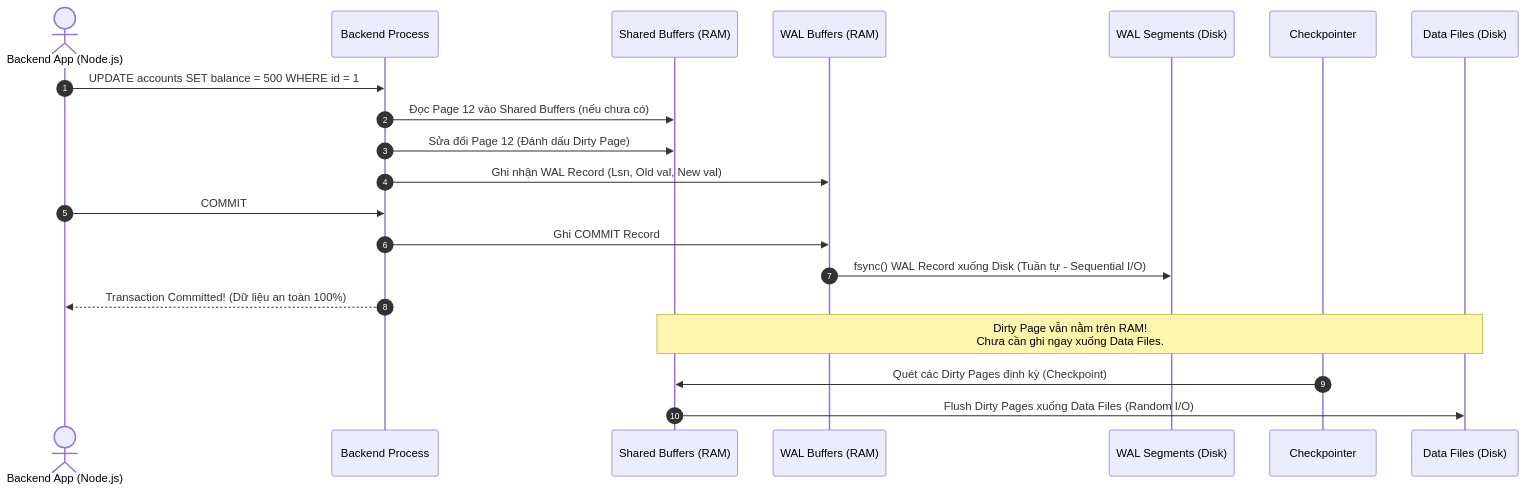
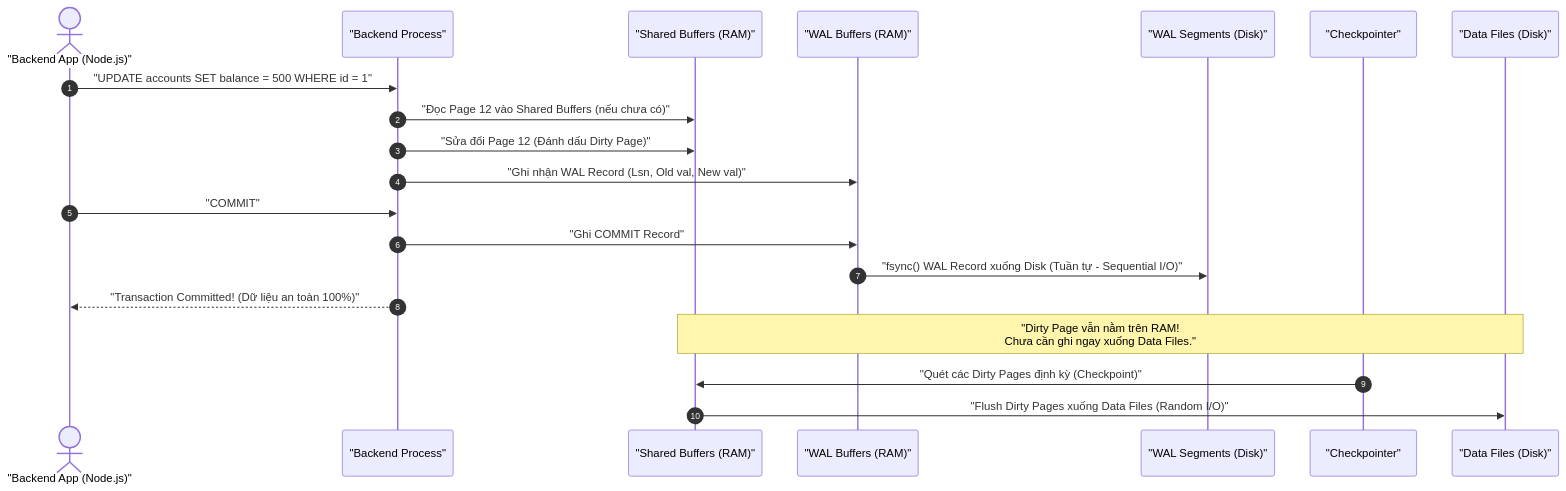
Before and after one commit to hydragon2m/docs: the second of 6 diagrams in Backend/Database & Storage/01. SQL & PostgreSQL Masterclass/Bài 01 - PostgreSQL Deep Dive (Indexing, Transactions & Optimization).md, drawn with Mermaid. The commit also changed other lines of this file and 3 other files, not shown here.

````diff
--- a/Backend/Database & Storage/01. SQL & PostgreSQL Masterclass/Bài 01 - PostgreSQL Deep Dive (Indexing, Transactions & Optimization).md
+++ b/Backend/Database & Storage/01. SQL & PostgreSQL Masterclass/Bài 01 - PostgreSQL Deep Dive (Indexing, Transactions & Optimization).md
@@ -80,23 +83,23 @@
 ```mermaid
 sequenceDiagram
     autonumber
-    actor Client as Backend App (Node.js)
-    participant BP as Backend Process
-    participant SB as Shared Buffers (RAM)
-    participant WB as WAL Buffers (RAM)
-    participant WAL as WAL Segments (Disk)
-    participant CP as Checkpointer
-    participant Disk as Data Files (Disk)
+    actor Client as "Backend App (Node.js)"
+    participant BP as "Backend Process"
+    participant SB as "Shared Buffers (RAM)"
+    participant WB as "WAL Buffers (RAM)"
+    participant WAL as "WAL Segments (Disk)"
+    participant CP as "Checkpointer"
+    participant Disk as "Data Files (Disk)"
 
-    Client->>BP: UPDATE accounts SET balance = 500 WHERE id = 1
-    BP->>SB: Đọc Page 12 vào Shared Buffers (nếu chưa có)
-    BP->>SB: Sửa đổi Page 12 (Đánh dấu Dirty Page)
-    BP->>WB: Ghi nhận WAL Record (Lsn, Old val, New val)
-    Client->>BP: COMMIT
-    BP->>WB: Ghi COMMIT Record
-    WB->>WAL: fsync() WAL Record xuống Disk (Tuần tự - Sequential I/O)
-    BP-->>Client: Transaction Committed! (Dữ liệu an toàn 100%)
-    Note over SB,Disk: Dirty Page vẫn nằm trên RAM!<br/>Chưa cần ghi ngay xuống Data Files.
-    CP->>SB: Quét các Dirty Pages định kỳ (Checkpoint)
-    SB->>Disk: Flush Dirty Pages xuống Data Files (Random I/O)
+    Client->>BP: "UPDATE accounts SET balance = 500 WHERE id = 1"
+    BP->>SB: "Đọc Page 12 vào Shared Buffers (nếu chưa có)"
+    BP->>SB: "Sửa đổi Page 12 (Đánh dấu Dirty Page)"
+    BP->>WB: "Ghi nhận WAL Record (Lsn, Old val, New val)"
+    Client->>BP: "COMMIT"
+    BP->>WB: "Ghi COMMIT Record"
+    WB->>WAL: "fsync() WAL Record xuống Disk (Tuần tự - Sequential I/O)"
+    BP-->>Client: "Transaction Committed! (Dữ liệu an toàn 100%)"
+    Note over SB,Disk: "Dirty Page vẫn nằm trên RAM!<br/>Chưa cần ghi ngay xuống Data Files."
+    CP->>SB: "Quét các Dirty Pages định kỳ (Checkpoint)"
+    SB->>Disk: "Flush Dirty Pages xuống Data Files (Random I/O)"
 ```
````
